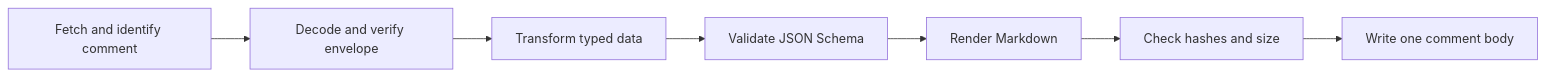
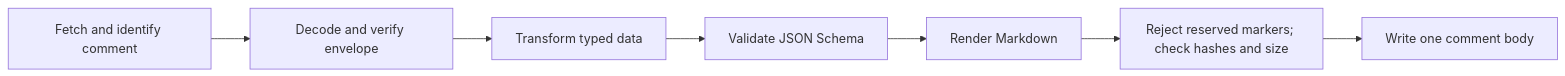
The diagram in docs/cli.md (ShigureLab/gh-slate), drawn with Mermaid before and after one commit. The commit also changed other lines of this file, not shown here.

````diff
--- a/docs/cli.md
+++ b/docs/cli.md
@@ -332,9 +332,9 @@
 ```mermaid
 flowchart LR
     A["Fetch and identify comment"] --> B["Decode and verify envelope"]
     B --> C["Transform typed data"]
     C --> D["Validate JSON Schema"]
     D --> E["Render Markdown"]
-    E --> F["Check hashes and size"]
+    E --> F["Reject reserved markers; check hashes and size"]
     F --> G["Write one comment body"]
 ```
````
